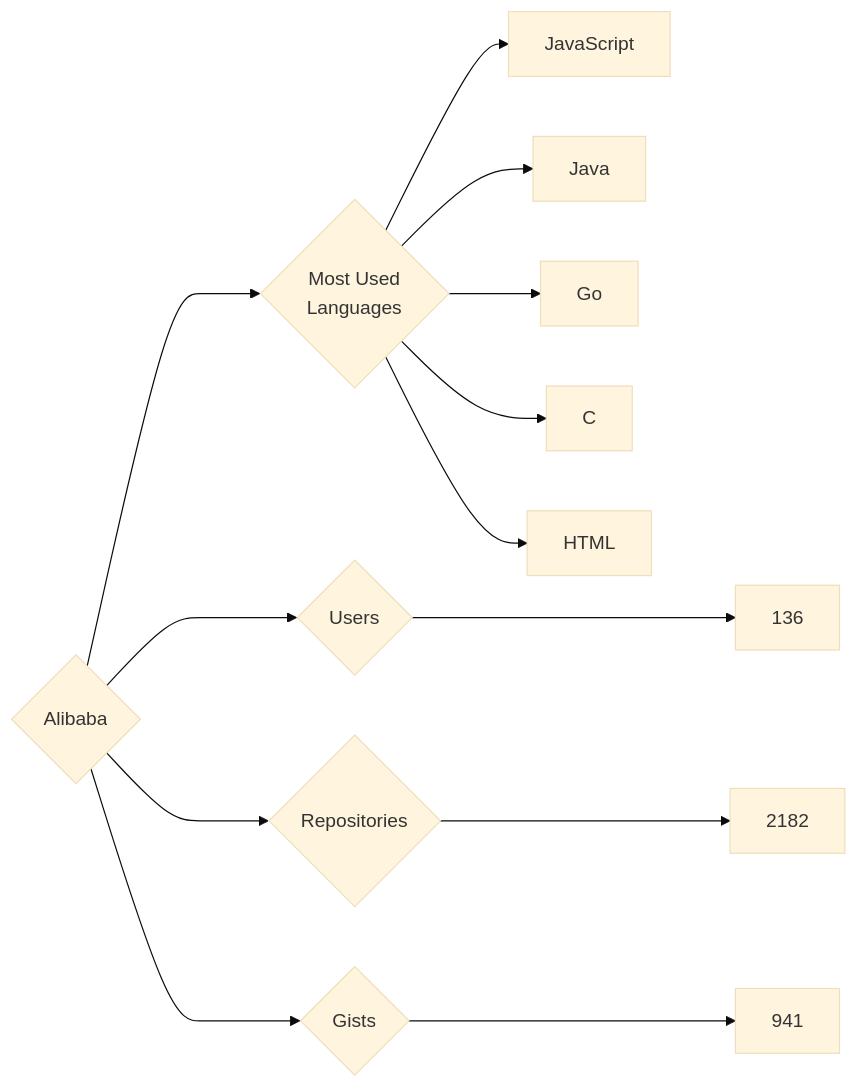
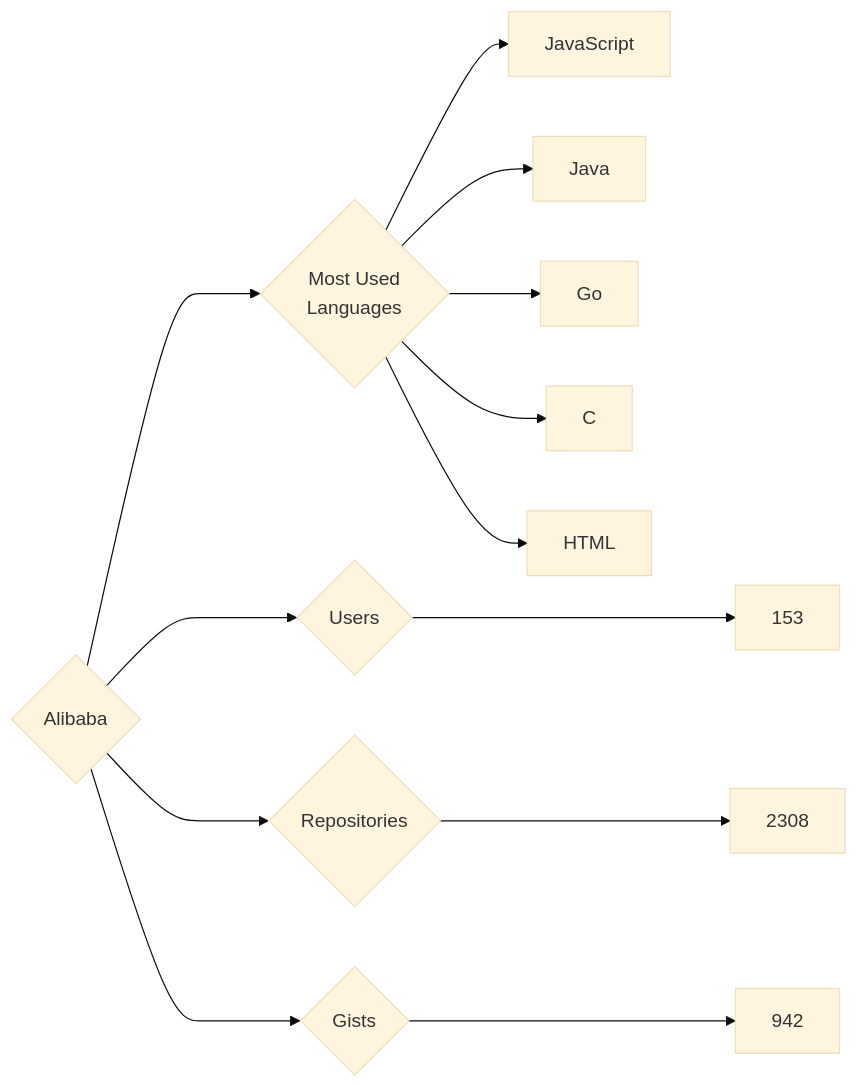
The diagram in targets/Alibaba/README.md (trickest/insiders), drawn with Mermaid (base theme) before and after one commit. The commit also changed 749 other files, not shown here.

````diff
--- a/targets/Alibaba/README.md
+++ b/targets/Alibaba/README.md
@@ -3,13 +3,13 @@
 ```mermaid
 graph LR
 COMPANY_NAME{Alibaba}
-COMPANY_NAME ---> U{Users} ---> UN[136]
-COMPANY_NAME ---> R{Repositories} ---> RN[2182]
-COMPANY_NAME ---> G{Gists} ---> GN[941]
+COMPANY_NAME ---> U{Users} ---> UN[153]
+COMPANY_NAME ---> R{Repositories} ---> RN[2308]
+COMPANY_NAME ---> G{Gists} ---> GN[942]
 COMPANY_NAME ---> ML{Most Used<br>Languages}
 ML --> JavaScript[JavaScript]
 ML --> Java[Java]
 ML --> Go[Go]
 ML --> C[C]
 ML --> HTML[HTML]
 ```
````
